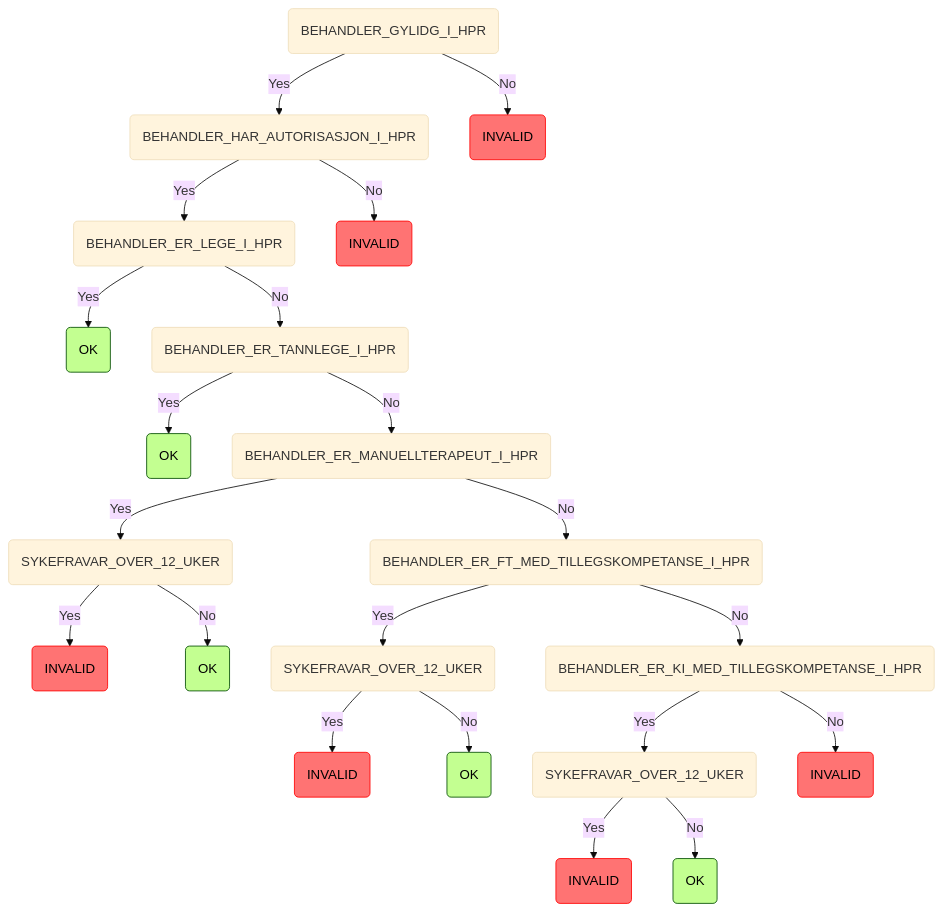
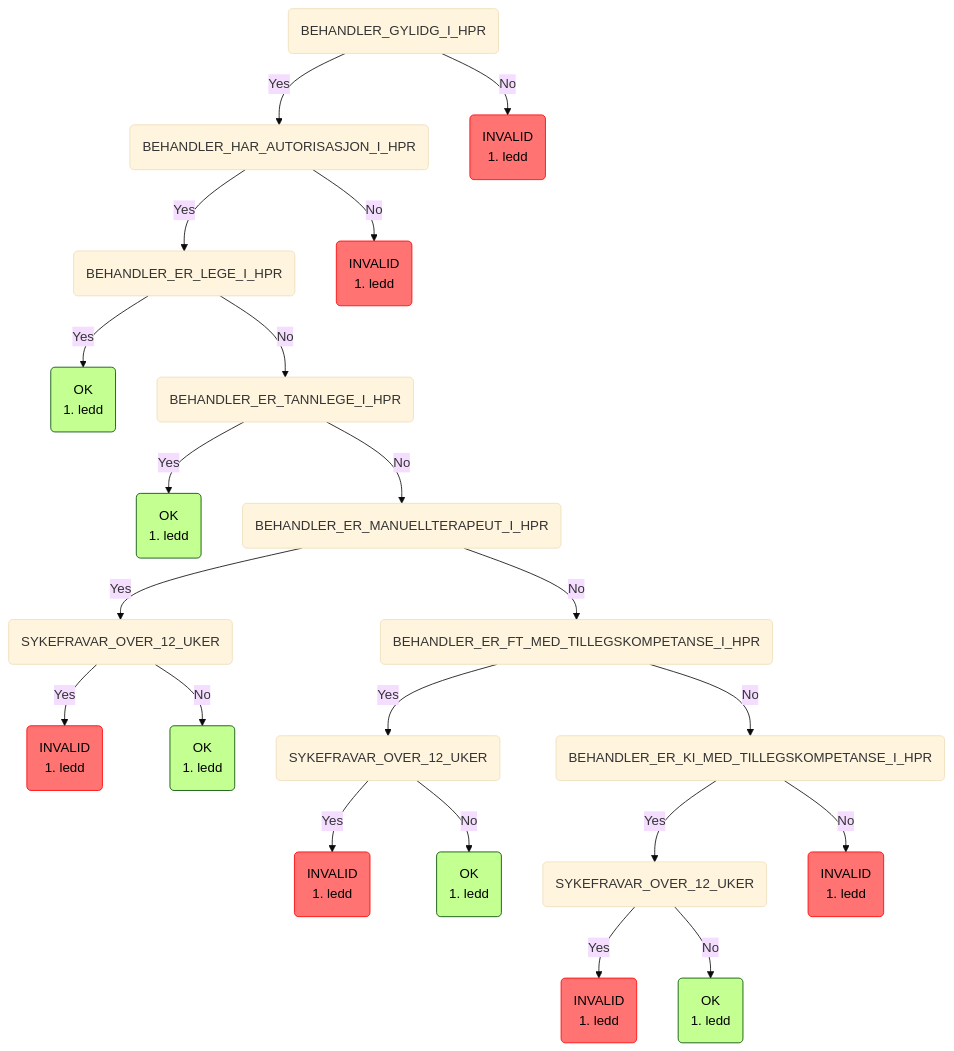
Before and after one commit to navikt/syfosmregler: the fifth of 9 diagrams in README.md, drawn with Mermaid (base theme). The commit also changed other lines of this file and 36 other files, not shown here.

````diff
--- a/README.md
+++ b/README.md
@@ -183,26 +188,31 @@
 ```mermaid
 graph TD
     root(BEHANDLER_GYLIDG_I_HPR) -->|Yes| root_BEHANDLER_GYLIDG_I_HPR_BEHANDLER_HAR_AUTORISASJON_I_HPR(BEHANDLER_HAR_AUTORISASJON_I_HPR)
     root_BEHANDLER_GYLIDG_I_HPR_BEHANDLER_HAR_AUTORISASJON_I_HPR(BEHANDLER_HAR_AUTORISASJON_I_HPR) -->|Yes| root_BEHANDLER_GYLIDG_I_HPR_BEHANDLER_HAR_AUTORISASJON_I_HPR_BEHANDLER_ER_LEGE_I_HPR(BEHANDLER_ER_LEGE_I_HPR)
-    root_BEHANDLER_GYLIDG_I_HPR_BEHANDLER_HAR_AUTORISASJON_I_HPR_BEHANDLER_ER_LEGE_I_HPR(BEHANDLER_ER_LEGE_I_HPR) -->|Yes| root_BEHANDLER_GYLIDG_I_HPR_BEHANDLER_HAR_AUTORISASJON_I_HPR_BEHANDLER_ER_LEGE_I_HPR_OK(OK):::ok
+    root_BEHANDLER_GYLIDG_I_HPR_BEHANDLER_HAR_AUTORISASJON_I_HPR_BEHANDLER_ER_LEGE_I_HPR(BEHANDLER_ER_LEGE_I_HPR) -->|Yes| root_BEHANDLER_GYLIDG_I_HPR_BEHANDLER_HAR_AUTORISASJON_I_HPR_BEHANDLER_ER_LEGE_I_HPR_OK(OK
+1. ledd):::ok
     root_BEHANDLER_GYLIDG_I_HPR_BEHANDLER_HAR_AUTORISASJON_I_HPR_BEHANDLER_ER_LEGE_I_HPR(BEHANDLER_ER_LEGE_I_HPR) -->|No| root_BEHANDLER_GYLIDG_I_HPR_BEHANDLER_HAR_AUTORISASJON_I_HPR_BEHANDLER_ER_LEGE_I_HPR_BEHANDLER_ER_TANNLEGE_I_HPR(BEHANDLER_ER_TANNLEGE_I_HPR)
-    root_BEHANDLER_GYLIDG_I_HPR_BEHANDLER_HAR_AUTORISASJON_I_HPR_BEHANDLER_ER_LEGE_I_HPR_BEHANDLER_ER_TANNLEGE_I_HPR(BEHANDLER_ER_TANNLEGE_I_HPR) -->|Yes| root_BEHANDLER_GYLIDG_I_HPR_BEHANDLER_HAR_AUTORISASJON_I_HPR_BEHANDLER_ER_LEGE_I_HPR_BEHANDLER_ER_TANNLEGE_I_HPR_OK(OK):::ok
+    root_BEHANDLER_GYLIDG_I_HPR_BEHANDLER_HAR_AUTORISASJON_I_HPR_BEHANDLER_ER_LEGE_I_HPR_BEHANDLER_ER_TANNLEGE_I_HPR(BEHANDLER_ER_TANNLEGE_I_HPR) -->|Yes| root_BEHANDLER_GYLIDG_I_HPR_BEHANDLER_HAR_AUTORISASJON_I_HPR_BEHANDLER_ER_LEGE_I_HPR_BEHANDLER_ER_TANNLEGE_I_HPR_OK(OK
+1. ledd):::ok
     root_BEHANDLER_GYLIDG_I_HPR_BEHANDLER_HAR_AUTORISASJON_I_HPR_BEHANDLER_ER_LEGE_I_HPR_BEHANDLER_ER_TANNLEGE_I_HPR(BEHANDLER_ER_TANNLEGE_I_HPR) -->|No| root_BEHANDLER_GYLIDG_I_HPR_BEHANDLER_HAR_AUTORISASJON_I_HPR_BEHANDLER_ER_LEGE_I_HPR_BEHANDLER_ER_TANNLEGE_I_HPR_BEHANDLER_ER_MANUELLTERAPEUT_I_HPR(BEHANDLER_ER_MANUELLTERAPEUT_I_HPR)
     root_BEHANDLER_GYLIDG_I_HPR_BEHANDLER_HAR_AUTORISASJON_I_HPR_BEHANDLER_ER_LEGE_I_HPR_BEHANDLER_ER_TANNLEGE_I_HPR_BEHANDLER_ER_MANUELLTERAPEUT_I_HPR(BEHANDLER_ER_MANUELLTERAPEUT_I_HPR) -->|Yes| root_BEHANDLER_GYLIDG_I_HPR_BEHANDLER_HAR_AUTORISASJON_I_HPR_BEHANDLER_ER_LEGE_I_HPR_BEHANDLER_ER_TANNLEGE_I_HPR_BEHANDLER_ER_MANUELLTERAPEUT_I_HPR_SYKEFRAVAR_OVER_12_UKER(SYKEFRAVAR_OVER_12_UKER)
-    root_BEHANDLER_GYLIDG_I_HPR_BEHANDLER_HAR_AUTORISASJON_I_HPR_BEHANDLER_ER_LEGE_I_HPR_BEHANDLER_ER_TANNLEGE_I_HPR_BEHANDLER_ER_MANUELLTERAPEUT_I_HPR_SYKEFRAVAR_OVER_12_UKER(SYKEFRAVAR_OVER_12_UKER) -->|Yes| root_BEHANDLER_GYLIDG_I_HPR_BEHANDLER_HAR_AUTORISASJON_I_HPR_BEHANDLER_ER_LEGE_I_HPR_BEHANDLER_ER_TANNLEGE_I_HPR_BEHANDLER_ER_MANUELLTERAPEUT_I_HPR_SYKEFRAVAR_OVER_12_UKER_INVALID(INVALID):::invalid
-    root_BEHANDLER_GYLIDG_I_HPR_BEHANDLER_HAR_AUTORISASJON_I_HPR_BEHANDLER_ER_LEGE_I_HPR_BEHANDLER_ER_TANNLEGE_I_HPR_BEHANDLER_ER_MANUELLTERAPEUT_I_HPR_SYKEFRAVAR_OVER_12_UKER(SYKEFRAVAR_OVER_12_UKER) -->|No| root_BEHANDLER_GYLIDG_I_HPR_BEHANDLER_HAR_AUTORISASJON_I_HPR_BEHANDLER_ER_LEGE_I_HPR_BEHANDLER_ER_TANNLEGE_I_HPR_BEHANDLER_ER_MANUELLTERAPEUT_I_HPR_SYKEFRAVAR_OVER_12_UKER_OK(OK):::ok
+    root_BEHANDLER_GYLIDG_I_HPR_BEHANDLER_HAR_AUTORISASJON_I_HPR_BEHANDLER_ER_LEGE_I_HPR_BEHANDLER_ER_TANNLEGE_I_HPR_BEHANDLER_ER_MANUELLTERAPEUT_I_HPR_SYKEFRAVAR_OVER_12_UKER(SYKEFRAVAR_OVER_12_UKER) -->|Yes| root_BEHANDLER_GYLIDG_I_HPR_BEHANDLER_HAR_AUTORISASJON_I_HPR_BEHANDLER_ER_LEGE_I_HPR_BEHANDLER_ER_TANNLEGE_I_HPR_BEHANDLER_ER_MANUELLTERAPEUT_I_HPR_SYKEFRAVAR_OVER_12_UKER_INVALID(INVALID
+1. ledd):::invalid
+    root_BEHANDLER_GYLIDG_I_HPR_BEHANDLER_HAR_AUTORISASJON_I_HPR_BEHANDLER_ER_LEGE_I_HPR_BEHANDLER_ER_TANNLEGE_I_HPR_BEHANDLER_ER_MANUELLTERAPEUT_I_HPR_SYKEFRAVAR_OVER_12_UKER(SYKEFRAVAR_OVER_12_UKER) -->|No| root_BEHANDLER_GYLIDG_I_HPR_BEHANDLER_HAR_AUTORISASJON_I_HPR_BEHANDLER_ER_LEGE_I_HPR_BEHANDLER_ER_TANNLEGE_I_HPR_BEHANDLER_ER_MANUELLTERAPEUT_I_HPR_SYKEFRAVAR_OVER_12_UKER_OK(OK <br/>1. ledd):::ok
     root_BEHANDLER_GYLIDG_I_HPR_BEHANDLER_HAR_AUTORISASJON_I_HPR_BEHANDLER_ER_LEGE_I_HPR_BEHANDLER_ER_TANNLEGE_I_HPR_BEHANDLER_ER_MANUELLTERAPEUT_I_HPR(BEHANDLER_ER_MANUELLTERAPEUT_I_HPR) -->|No| root_BEHANDLER_GYLIDG_I_HPR_BEHANDLER_HAR_AUTORISASJON_I_HPR_BEHANDLER_ER_LEGE_I_HPR_BEHANDLER_ER_TANNLEGE_I_HPR_BEHANDLER_ER_MANUELLTERAPEUT_I_HPR_BEHANDLER_ER_FT_MED_TILLEGSKOMPETANSE_I_HPR(BEHANDLER_ER_FT_MED_TILLEGSKOMPETANSE_I_HPR)
     root_BEHANDLER_GYLIDG_I_HPR_BEHANDLER_HAR_AUTORISASJON_I_HPR_BEHANDLER_ER_LEGE_I_HPR_BEHANDLER_ER_TANNLEGE_I_HPR_BEHANDLER_ER_MANUELLTERAPEUT_I_HPR_BEHANDLER_ER_FT_MED_TILLEGSKOMPETANSE_I_HPR(BEHANDLER_ER_FT_MED_TILLEGSKOMPETANSE_I_HPR) -->|Yes| root_BEHANDLER_GYLIDG_I_HPR_BEHANDLER_HAR_AUTORISASJON_I_HPR_BEHANDLER_ER_LEGE_I_HPR_BEHANDLER_ER_TANNLEGE_I_HPR_BEHANDLER_ER_MANUELLTERAPEUT_I_HPR_BEHANDLER_ER_FT_MED_TILLEGSKOMPETANSE_I_HPR_SYKEFRAVAR_OVER_12_UKER(SYKEFRAVAR_OVER_12_UKER)
-    root_BEHANDLER_GYLIDG_I_HPR_BEHANDLER_HAR_AUTORISASJON_I_HPR_BEHANDLER_ER_LEGE_I_HPR_BEHANDLER_ER_TANNLEGE_I_HPR_BEHANDLER_ER_MANUELLTERAPEUT_I_HPR_BEHANDLER_ER_FT_MED_TILLEGSKOMPETANSE_I_HPR_SYKEFRAVAR_OVER_12_UKER(SYKEFRAVAR_OVER_12_UKER) -->|Yes| root_BEHANDLER_GYLIDG_I_HPR_BEHANDLER_HAR_AUTORISASJON_I_HPR_BEHANDLER_ER_LEGE_I_HPR_BEHANDLER_ER_TANNLEGE_I_HPR_BEHANDLER_ER_MANUELLTERAPEUT_I_HPR_BEHANDLER_ER_FT_MED_TILLEGSKOMPETANSE_I_HPR_SYKEFRAVAR_OVER_12_UKER_INVALID(INVALID):::invalid
-    root_BEHANDLER_GYLIDG_I_HPR_BEHANDLER_HAR_AUTORISASJON_I_HPR_BEHANDLER_ER_LEGE_I_HPR_BEHANDLER_ER_TANNLEGE_I_HPR_BEHANDLER_ER_MANUELLTERAPEUT_I_HPR_BEHANDLER_ER_FT_MED_TILLEGSKOMPETANSE_I_HPR_SYKEFRAVAR_OVER_12_UKER(SYKEFRAVAR_OVER_12_UKER) -->|No| root_BEHANDLER_GYLIDG_I_HPR_BEHANDLER_HAR_AUTORISASJON_I_HPR_BEHANDLER_ER_LEGE_I_HPR_BEHANDLER_ER_TANNLEGE_I_HPR_BEHANDLER_ER_MANUELLTERAPEUT_I_HPR_BEHANDLER_ER_FT_MED_TILLEGSKOMPETANSE_I_HPR_SYKEFRAVAR_OVER_12_UKER_OK(OK):::ok
+    root_BEHANDLER_GYLIDG_I_HPR_BEHANDLER_HAR_AUTORISASJON_I_HPR_BEHANDLER_ER_LEGE_I_HPR_BEHANDLER_ER_TANNLEGE_I_HPR_BEHANDLER_ER_MANUELLTERAPEUT_I_HPR_BEHANDLER_ER_FT_MED_TILLEGSKOMPETANSE_I_HPR_SYKEFRAVAR_OVER_12_UKER(SYKEFRAVAR_OVER_12_UKER) -->|Yes| root_BEHANDLER_GYLIDG_I_HPR_BEHANDLER_HAR_AUTORISASJON_I_HPR_BEHANDLER_ER_LEGE_I_HPR_BEHANDLER_ER_TANNLEGE_I_HPR_BEHANDLER_ER_MANUELLTERAPEUT_I_HPR_BEHANDLER_ER_FT_MED_TILLEGSKOMPETANSE_I_HPR_SYKEFRAVAR_OVER_12_UKER_INVALID(INVALID
+1. ledd):::invalid
+    root_BEHANDLER_GYLIDG_I_HPR_BEHANDLER_HAR_AUTORISASJON_I_HPR_BEHANDLER_ER_LEGE_I_HPR_BEHANDLER_ER_TANNLEGE_I_HPR_BEHANDLER_ER_MANUELLTERAPEUT_I_HPR_BEHANDLER_ER_FT_MED_TILLEGSKOMPETANSE_I_HPR_SYKEFRAVAR_OVER_12_UKER(SYKEFRAVAR_OVER_12_UKER) -->|No| root_BEHANDLER_GYLIDG_I_HPR_BEHANDLER_HAR_AUTORISASJON_I_HPR_BEHANDLER_ER_LEGE_I_HPR_BEHANDLER_ER_TANNLEGE_I_HPR_BEHANDLER_ER_MANUELLTERAPEUT_I_HPR_BEHANDLER_ER_FT_MED_TILLEGSKOMPETANSE_I_HPR_SYKEFRAVAR_OVER_12_UKER_OK(OK <br/>1. ledd):::ok
     root_BEHANDLER_GYLIDG_I_HPR_BEHANDLER_HAR_AUTORISASJON_I_HPR_BEHANDLER_ER_LEGE_I_HPR_BEHANDLER_ER_TANNLEGE_I_HPR_BEHANDLER_ER_MANUELLTERAPEUT_I_HPR_BEHANDLER_ER_FT_MED_TILLEGSKOMPETANSE_I_HPR(BEHANDLER_ER_FT_MED_TILLEGSKOMPETANSE_I_HPR) -->|No| root_BEHANDLER_GYLIDG_I_HPR_BEHANDLER_HAR_AUTORISASJON_I_HPR_BEHANDLER_ER_LEGE_I_HPR_BEHANDLER_ER_TANNLEGE_I_HPR_BEHANDLER_ER_MANUELLTERAPEUT_I_HPR_BEHANDLER_ER_FT_MED_TILLEGSKOMPETANSE_I_HPR_BEHANDLER_ER_KI_MED_TILLEGSKOMPETANSE_I_HPR(BEHANDLER_ER_KI_MED_TILLEGSKOMPETANSE_I_HPR)
     root_BEHANDLER_GYLIDG_I_HPR_BEHANDLER_HAR_AUTORISASJON_I_HPR_BEHANDLER_ER_LEGE_I_HPR_BEHANDLER_ER_TANNLEGE_I_HPR_BEHANDLER_ER_MANUELLTERAPEUT_I_HPR_BEHANDLER_ER_FT_MED_TILLEGSKOMPETANSE_I_HPR_BEHANDLER_ER_KI_MED_TILLEGSKOMPETANSE_I_HPR(BEHANDLER_ER_KI_MED_TILLEGSKOMPETANSE_I_HPR) -->|Yes| root_BEHANDLER_GYLIDG_I_HPR_BEHANDLER_HAR_AUTORISASJON_I_HPR_BEHANDLER_ER_LEGE_I_HPR_BEHANDLER_ER_TANNLEGE_I_HPR_BEHANDLER_ER_MANUELLTERAPEUT_I_HPR_BEHANDLER_ER_FT_MED_TILLEGSKOMPETANSE_I_HPR_BEHANDLER_ER_KI_MED_TILLEGSKOMPETANSE_I_HPR_SYKEFRAVAR_OVER_12_UKER(SYKEFRAVAR_OVER_12_UKER)
-    root_BEHANDLER_GYLIDG_I_HPR_BEHANDLER_HAR_AUTORISASJON_I_HPR_BEHANDLER_ER_LEGE_I_HPR_BEHANDLER_ER_TANNLEGE_I_HPR_BEHANDLER_ER_MANUELLTERAPEUT_I_HPR_BEHANDLER_ER_FT_MED_TILLEGSKOMPETANSE_I_HPR_BEHANDLER_ER_KI_MED_TILLEGSKOMPETANSE_I_HPR_SYKEFRAVAR_OVER_12_UKER(SYKEFRAVAR_OVER_12_UKER) -->|Yes| root_BEHANDLER_GYLIDG_I_HPR_BEHANDLER_HAR_AUTORISASJON_I_HPR_BEHANDLER_ER_LEGE_I_HPR_BEHANDLER_ER_TANNLEGE_I_HPR_BEHANDLER_ER_MANUELLTERAPEUT_I_HPR_BEHANDLER_ER_FT_MED_TILLEGSKOMPETANSE_I_HPR_BEHANDLER_ER_KI_MED_TILLEGSKOMPETANSE_I_HPR_SYKEFRAVAR_OVER_12_UKER_INVALID(INVALID):::invalid
-    root_BEHANDLER_GYLIDG_I_HPR_BEHANDLER_HAR_AUTORISASJON_I_HPR_BEHANDLER_ER_LEGE_I_HPR_BEHANDLER_ER_TANNLEGE_I_HPR_BEHANDLER_ER_MANUELLTERAPEUT_I_HPR_BEHANDLER_ER_FT_MED_TILLEGSKOMPETANSE_I_HPR_BEHANDLER_ER_KI_MED_TILLEGSKOMPETANSE_I_HPR_SYKEFRAVAR_OVER_12_UKER(SYKEFRAVAR_OVER_12_UKER) -->|No| root_BEHANDLER_GYLIDG_I_HPR_BEHANDLER_HAR_AUTORISASJON_I_HPR_BEHANDLER_ER_LEGE_I_HPR_BEHANDLER_ER_TANNLEGE_I_HPR_BEHANDLER_ER_MANUELLTERAPEUT_I_HPR_BEHANDLER_ER_FT_MED_TILLEGSKOMPETANSE_I_HPR_BEHANDLER_ER_KI_MED_TILLEGSKOMPETANSE_I_HPR_SYKEFRAVAR_OVER_12_UKER_OK(OK):::ok
-    root_BEHANDLER_GYLIDG_I_HPR_BEHANDLER_HAR_AUTORISASJON_I_HPR_BEHANDLER_ER_LEGE_I_HPR_BEHANDLER_ER_TANNLEGE_I_HPR_BEHANDLER_ER_MANUELLTERAPEUT_I_HPR_BEHANDLER_ER_FT_MED_TILLEGSKOMPETANSE_I_HPR_BEHANDLER_ER_KI_MED_TILLEGSKOMPETANSE_I_HPR(BEHANDLER_ER_KI_MED_TILLEGSKOMPETANSE_I_HPR) -->|No| root_BEHANDLER_GYLIDG_I_HPR_BEHANDLER_HAR_AUTORISASJON_I_HPR_BEHANDLER_ER_LEGE_I_HPR_BEHANDLER_ER_TANNLEGE_I_HPR_BEHANDLER_ER_MANUELLTERAPEUT_I_HPR_BEHANDLER_ER_FT_MED_TILLEGSKOMPETANSE_I_HPR_BEHANDLER_ER_KI_MED_TILLEGSKOMPETANSE_I_HPR_INVALID(INVALID):::invalid
-    root_BEHANDLER_GYLIDG_I_HPR_BEHANDLER_HAR_AUTORISASJON_I_HPR(BEHANDLER_HAR_AUTORISASJON_I_HPR) -->|No| root_BEHANDLER_GYLIDG_I_HPR_BEHANDLER_HAR_AUTORISASJON_I_HPR_INVALID(INVALID):::invalid
-    root(BEHANDLER_GYLIDG_I_HPR) -->|No| root_BEHANDLER_GYLIDG_I_HPR_INVALID(INVALID):::invalid
+    root_BEHANDLER_GYLIDG_I_HPR_BEHANDLER_HAR_AUTORISASJON_I_HPR_BEHANDLER_ER_LEGE_I_HPR_BEHANDLER_ER_TANNLEGE_I_HPR_BEHANDLER_ER_MANUELLTERAPEUT_I_HPR_BEHANDLER_ER_FT_MED_TILLEGSKOMPETANSE_I_HPR_BEHANDLER_ER_KI_MED_TILLEGSKOMPETANSE_I_HPR_SYKEFRAVAR_OVER_12_UKER(SYKEFRAVAR_OVER_12_UKER) -->|Yes| root_BEHANDLER_GYLIDG_I_HPR_BEHANDLER_HAR_AUTORISASJON_I_HPR_BEHANDLER_ER_LEGE_I_HPR_BEHANDLER_ER_TANNLEGE_I_HPR_BEHANDLER_ER_MANUELLTERAPEUT_I_HPR_BEHANDLER_ER_FT_MED_TILLEGSKOMPETANSE_I_HPR_BEHANDLER_ER_KI_MED_TILLEGSKOMPETANSE_I_HPR_SYKEFRAVAR_OVER_12_UKER_INVALID(INVALID
+1. ledd):::invalid
+    root_BEHANDLER_GYLIDG_I_HPR_BEHANDLER_HAR_AUTORISASJON_I_HPR_BEHANDLER_ER_LEGE_I_HPR_BEHANDLER_ER_TANNLEGE_I_HPR_BEHANDLER_ER_MANUELLTERAPEUT_I_HPR_BEHANDLER_ER_FT_MED_TILLEGSKOMPETANSE_I_HPR_BEHANDLER_ER_KI_MED_TILLEGSKOMPETANSE_I_HPR_SYKEFRAVAR_OVER_12_UKER(SYKEFRAVAR_OVER_12_UKER) -->|No| root_BEHANDLER_GYLIDG_I_HPR_BEHANDLER_HAR_AUTORISASJON_I_HPR_BEHANDLER_ER_LEGE_I_HPR_BEHANDLER_ER_TANNLEGE_I_HPR_BEHANDLER_ER_MANUELLTERAPEUT_I_HPR_BEHANDLER_ER_FT_MED_TILLEGSKOMPETANSE_I_HPR_BEHANDLER_ER_KI_MED_TILLEGSKOMPETANSE_I_HPR_SYKEFRAVAR_OVER_12_UKER_OK(OK <br/>1. ledd):::ok
+    root_BEHANDLER_GYLIDG_I_HPR_BEHANDLER_HAR_AUTORISASJON_I_HPR_BEHANDLER_ER_LEGE_I_HPR_BEHANDLER_ER_TANNLEGE_I_HPR_BEHANDLER_ER_MANUELLTERAPEUT_I_HPR_BEHANDLER_ER_FT_MED_TILLEGSKOMPETANSE_I_HPR_BEHANDLER_ER_KI_MED_TILLEGSKOMPETANSE_I_HPR(BEHANDLER_ER_KI_MED_TILLEGSKOMPETANSE_I_HPR) -->|No| root_BEHANDLER_GYLIDG_I_HPR_BEHANDLER_HAR_AUTORISASJON_I_HPR_BEHANDLER_ER_LEGE_I_HPR_BEHANDLER_ER_TANNLEGE_I_HPR_BEHANDLER_ER_MANUELLTERAPEUT_I_HPR_BEHANDLER_ER_FT_MED_TILLEGSKOMPETANSE_I_HPR_BEHANDLER_ER_KI_MED_TILLEGSKOMPETANSE_I_HPR_INVALID(INVALID <br/>1. ledd):::invalid
+    root_BEHANDLER_GYLIDG_I_HPR_BEHANDLER_HAR_AUTORISASJON_I_HPR(BEHANDLER_HAR_AUTORISASJON_I_HPR) -->|No| root_BEHANDLER_GYLIDG_I_HPR_BEHANDLER_HAR_AUTORISASJON_I_HPR_INVALID(INVALID <br/>1. ledd):::invalid
+    root(BEHANDLER_GYLIDG_I_HPR) -->|No| root_BEHANDLER_GYLIDG_I_HPR_INVALID(INVALID <br/>1. ledd):::invalid
     classDef ok fill:#c3ff91,stroke:#004a00,color: black;
     classDef invalid fill:#ff7373,stroke:#ff0000,color: black;
     classDef manuell fill:#ffe24f,stroke:#ffd500,color: #473c00;
 ```
````
